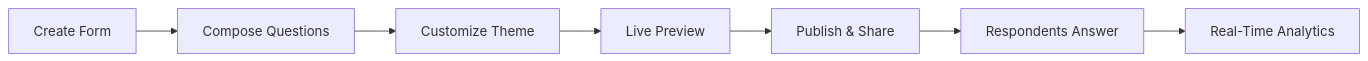
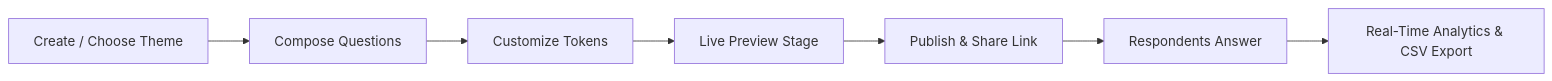
Before and after one commit to kriti768/nomi: the first of 3 diagrams in README.md, drawn with Mermaid. The commit also changed other lines of this file, not shown here.

Commit message:
Polish README.md with live deployment links, assumptions, 12 themes, and complete specs

````diff
--- a/README.md
+++ b/README.md
@@ -43,9 +70,9 @@
 ```mermaid
 flowchart LR
-    A[Create Form] --> B[Compose Questions]
-    B --> C[Customize Theme]
-    C --> D[Live Preview]
-    D --> E[Publish & Share]
+    A[Create / Choose Theme] --> B[Compose Questions]
+    B --> C[Customize Tokens]
+    C --> D[Live Preview Stage]
+    D --> E[Publish & Share Link]
     E --> F[Respondents Answer]
-    F --> G[Real-Time Analytics]
+    F --> G[Real-Time Analytics & CSV Export]
 ```
````
